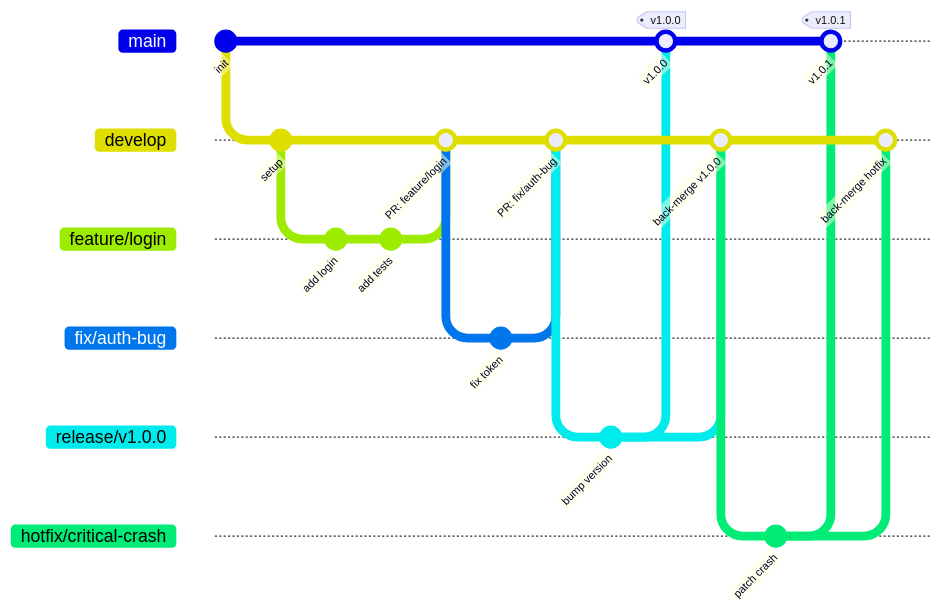
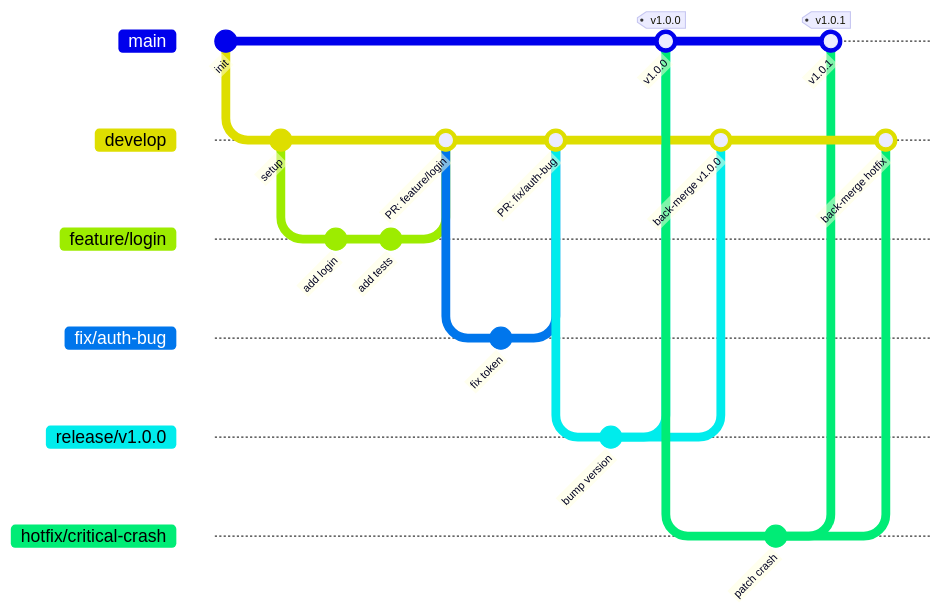
The diagram in CONTRIBUTING.md (davidgaspardev/powerflix), drawn with Mermaid before and after one commit. The commit also changed 3 other files, not shown here.

First line of the commit message:
fix: Correct hotfix branch origin in Gitflow diagram

````diff
--- a/CONTRIBUTING.md
+++ b/CONTRIBUTING.md
@@ -29,37 +29,38 @@
 ```mermaid
 gitGraph
    commit id: "init"
 
    branch develop
    checkout develop
    commit id: "setup"
 
    branch feature/login
    checkout feature/login
    commit id: "add login"
    commit id: "add tests"
    checkout develop
    merge feature/login id: "PR: feature/login"
 
    branch fix/auth-bug
    checkout fix/auth-bug
    commit id: "fix token"
    checkout develop
    merge fix/auth-bug id: "PR: fix/auth-bug"
 
    branch release/v1.0.0
    checkout release/v1.0.0
    commit id: "bump version"
    checkout main
    merge release/v1.0.0 id: "v1.0.0" tag: "v1.0.0"
    checkout develop
    merge release/v1.0.0 id: "back-merge v1.0.0"
 
+   checkout main
    branch hotfix/critical-crash
    checkout hotfix/critical-crash
    commit id: "patch crash"
    checkout main
    merge hotfix/critical-crash id: "v1.0.1" tag: "v1.0.1"
    checkout develop
    merge hotfix/critical-crash id: "back-merge hotfix"
 ```
````
